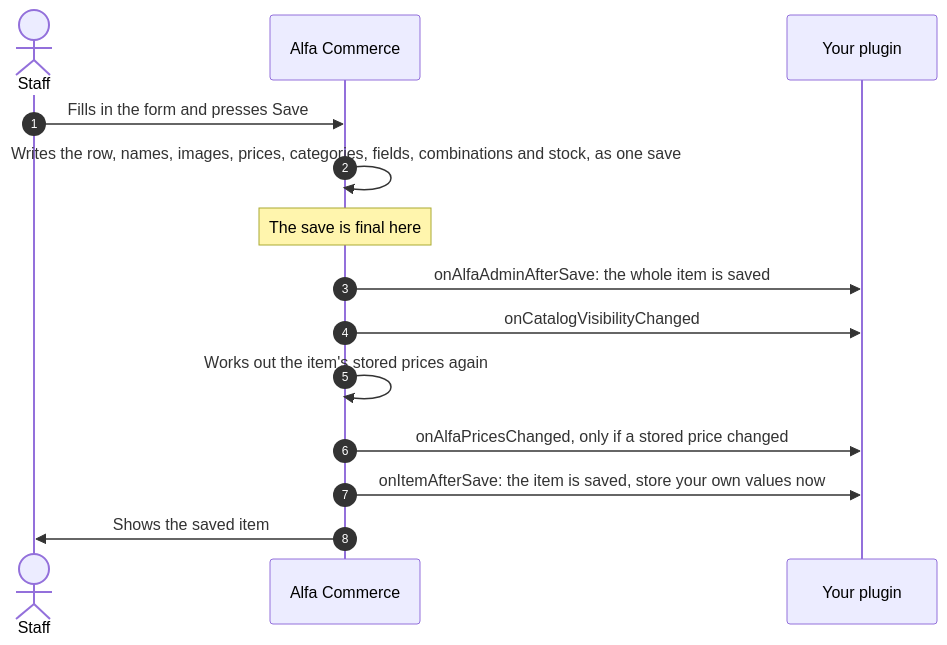
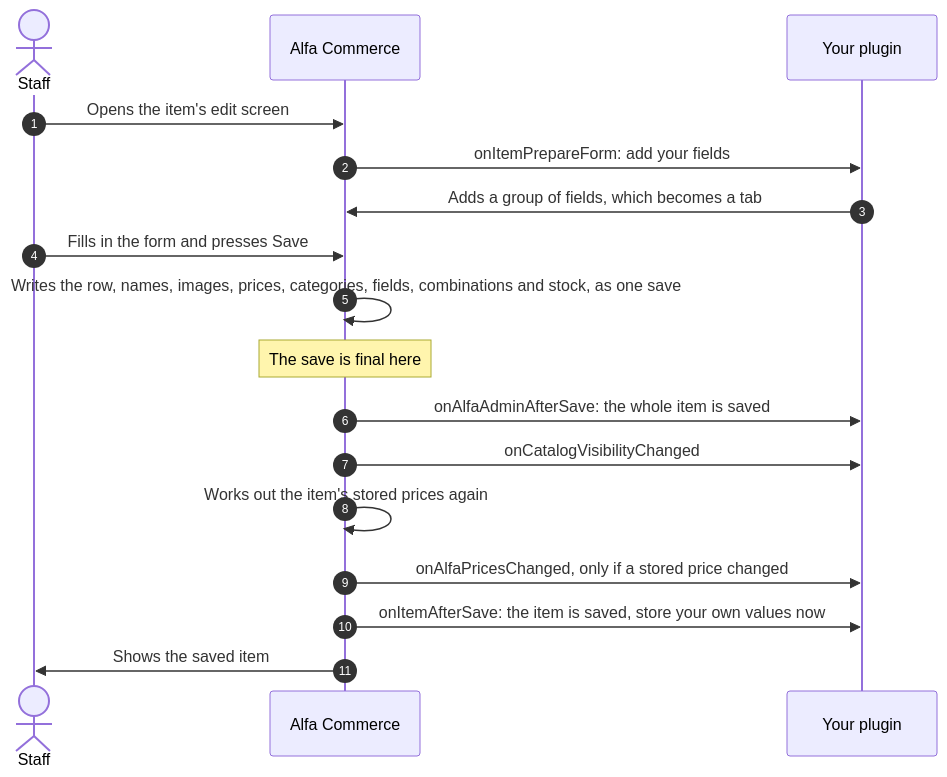
One commit to Easylogic-CO-LP/Alfa-Commerce-Manual changed the diagram in docs/events/item-and-catalogue-events.md. Above: the diagram before and after it, drawn with Mermaid. The commit also changed other lines of this file and 47 other files, not shown here.

````diff
--- a/docs/events/item-and-catalogue-events.md
+++ b/docs/events/item-and-catalogue-events.md
@@ -114,16 +74,19 @@
 ```mermaid
 sequenceDiagram
     autonumber
     actor Staff
     participant Alfa as Alfa Commerce
     participant P as Your plugin
+    Staff->>Alfa: Opens the item's edit screen
+    Alfa->>P: onItemPrepareForm: add your fields
+    P->>Alfa: Adds a group of fields, which becomes a tab
     Staff->>Alfa: Fills in the form and presses Save
     Alfa->>Alfa: Writes the row, names, images, prices, categories, fields, combinations and stock, as one save
     Note over Alfa: The save is final here
     Alfa->>P: onAlfaAdminAfterSave: the whole item is saved
     Alfa->>P: onCatalogVisibilityChanged
     Alfa->>Alfa: Works out the item's stored prices again
     Alfa->>P: onAlfaPricesChanged, only if a stored price changed
     Alfa->>P: onItemAfterSave: the item is saved, store your own values now
     Alfa->>Staff: Shows the saved item
 ```
````
